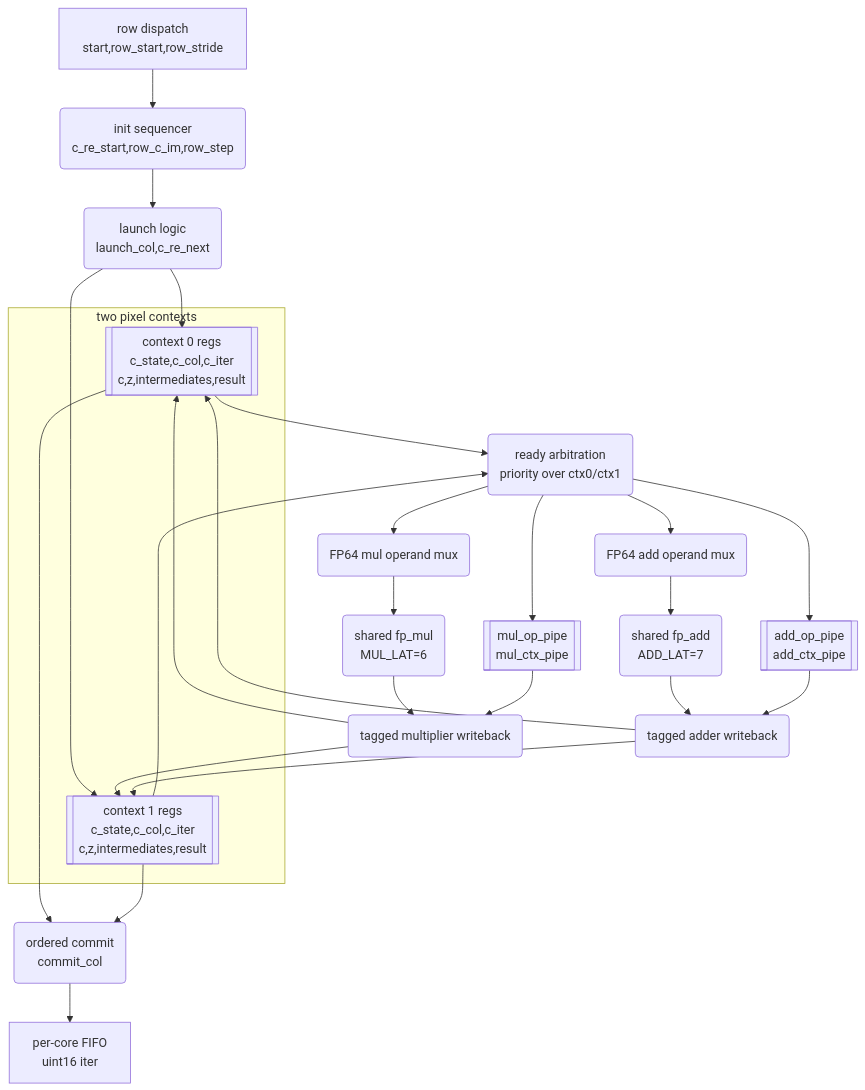
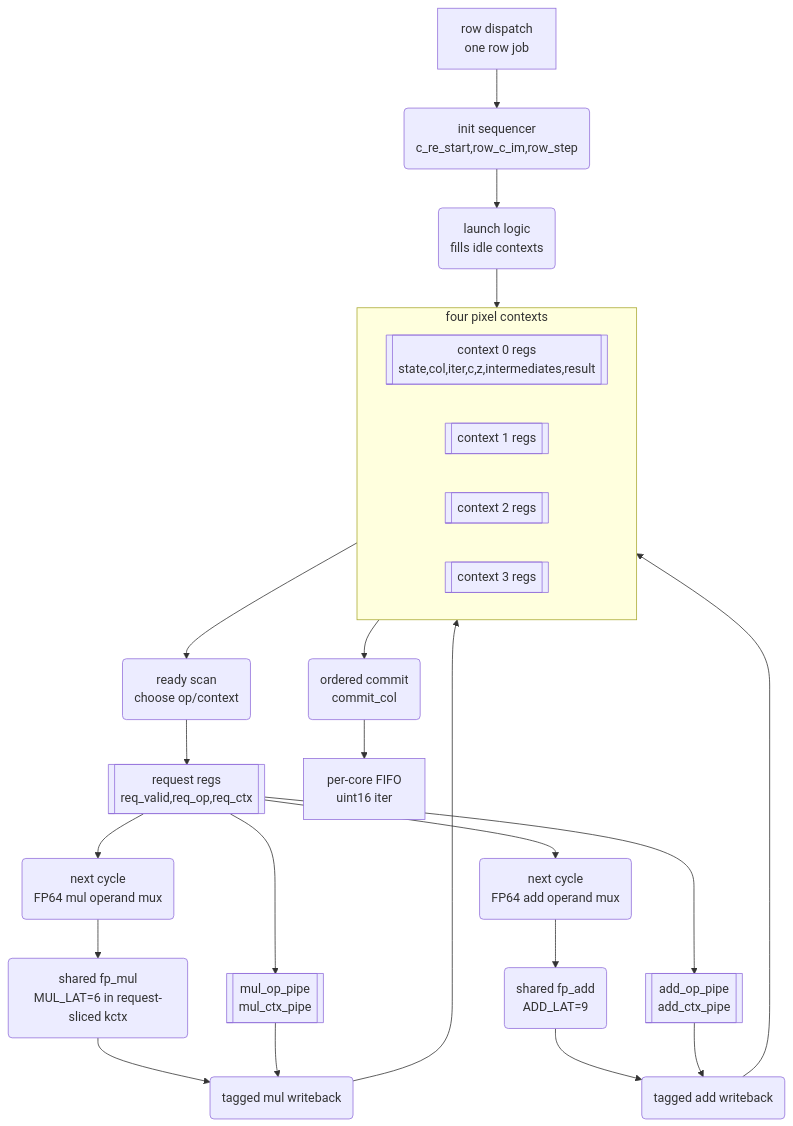
One commit to RESBI/FPGA-Mandelbrot-Demo changed the seventh of 16 diagrams in doc/ARCHITECTURE.md. Above: the diagram before and after it, drawn with Mermaid. The commit also changed other lines of this file and 27 other files, not shown here.

````diff
--- a/doc/ARCHITECTURE.md
+++ b/doc/ARCHITECTURE.md
@@ -606,35 +511,30 @@
 ```mermaid
 flowchart TB
-    DISPATCH["row dispatch<br/>start,row_start,row_stride"] --> INIT("init sequencer<br/>c_re_start,row_c_im,row_step")
-    INIT --> LAUNCH("launch logic<br/>launch_col,c_re_next")
+    DISPATCH["row dispatch<br/>one row job"] --> INIT("init sequencer<br/>c_re_start,row_c_im,row_step")
+    INIT --> LAUNCH("launch logic<br/>fills idle contexts")
 
-    subgraph CTX["two pixel contexts"]
-        C0[["context 0 regs<br/>c_state,c_col,c_iter<br/>c,z,intermediates,result"]]
-        C1[["context 1 regs<br/>c_state,c_col,c_iter<br/>c,z,intermediates,result"]]
+    subgraph CTX["four pixel contexts"]
+        C0[["context 0 regs<br/>state,col,iter,c,z,intermediates,result"]]
+        C1[["context 1 regs"]]
+        C2[["context 2 regs"]]
+        C3[["context 3 regs"]]
     end
 
-    LAUNCH --> C0
-    LAUNCH --> C1
-    C0 --> ARB("ready arbitration<br/>priority over ctx0/ctx1")
-    C1 --> ARB
-
-    ARB --> MUXM("FP64 mul operand mux")
-    ARB --> MUXA("FP64 add operand mux")
-    MUXM --> MUL("shared fp_mul<br/>MUL_LAT=6")
-    MUXA --> ADD("shared fp_add<br/>ADD_LAT=7")
-
-    ARB --> MTAG[["mul_op_pipe<br/>mul_ctx_pipe"]]
-    ARB --> ATAG[["add_op_pipe<br/>add_ctx_pipe"]]
-    MUL --> MWR("tagged multiplier writeback")
+    LAUNCH --> CTX
+    CTX --> ARB("ready scan<br/>choose op/context")
+    ARB --> REQ[["request regs<br/>req_valid,req_op,req_ctx"]]
+    REQ --> MUXM("next cycle<br/>FP64 mul operand mux")
+    REQ --> MUXA("next cycle<br/>FP64 add operand mux")
+    MUXM --> MUL("shared fp_mul<br/>MUL_LAT=6 in request-sliced kctx")
+    MUXA --> ADD("shared fp_add<br/>ADD_LAT=9")
+    REQ --> MTAG[["mul_op_pipe<br/>mul_ctx_pipe"]]
+    REQ --> ATAG[["add_op_pipe<br/>add_ctx_pipe"]]
+    MUL --> MWR("tagged mul writeback")
     MTAG --> MWR
-    ADD --> AWR("tagged adder writeback")
+    ADD --> AWR("tagged add writeback")
     ATAG --> AWR
-    MWR --> C0
-    MWR --> C1
-    AWR --> C0
-    AWR --> C1
-
-    C0 --> COMMIT("ordered commit<br/>commit_col")
-    C1 --> COMMIT
+    MWR --> CTX
+    AWR --> CTX
+    CTX --> COMMIT("ordered commit<br/>commit_col")
     COMMIT --> FIFO["per-core FIFO<br/>uint16 iter"]
 ```
````
